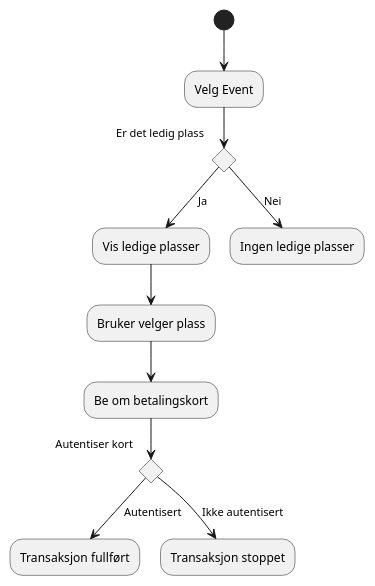
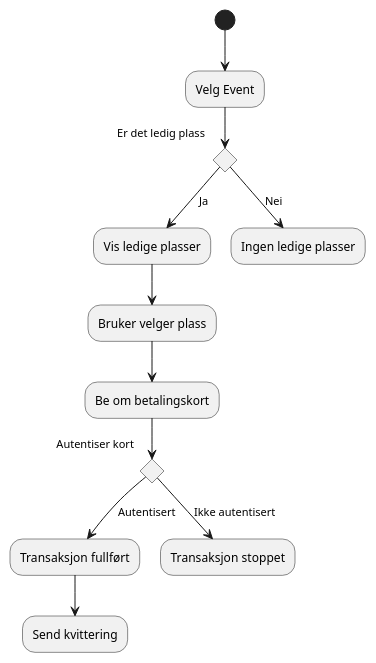
Before and after one commit to brosjanramo/Kino: the diagram in src/AktivitetsDiagram/AktivitetsdiagramSample.puml, drawn with PlantUML.

Commit message:
Update AktivitetsdiagramSample.puml
La til send kvittering

```diff
--- a/src/AktivitetsDiagram/AktivitetsdiagramSample.puml
+++ b/src/AktivitetsDiagram/AktivitetsdiagramSample.puml
@@ -1,15 +1,16 @@
 @startuml
 (*)  --> "Velg Event"
 If "Er det ledig plass" then
 --> [Ja] "Vis ledige plasser"
 --> "Bruker velger plass"
 --> "Be om betalingskort"
 If "Autentiser kort" then
 --> [Autentisert] "Transaksjon fullført"
+--> "Send kvittering"
 else
 --> [Ikke autentisert] "Transaksjon stoppet"
 Endif
 else
 --> [Nei] "Ingen ledige plasser"
 Endif
 @enduml
```
